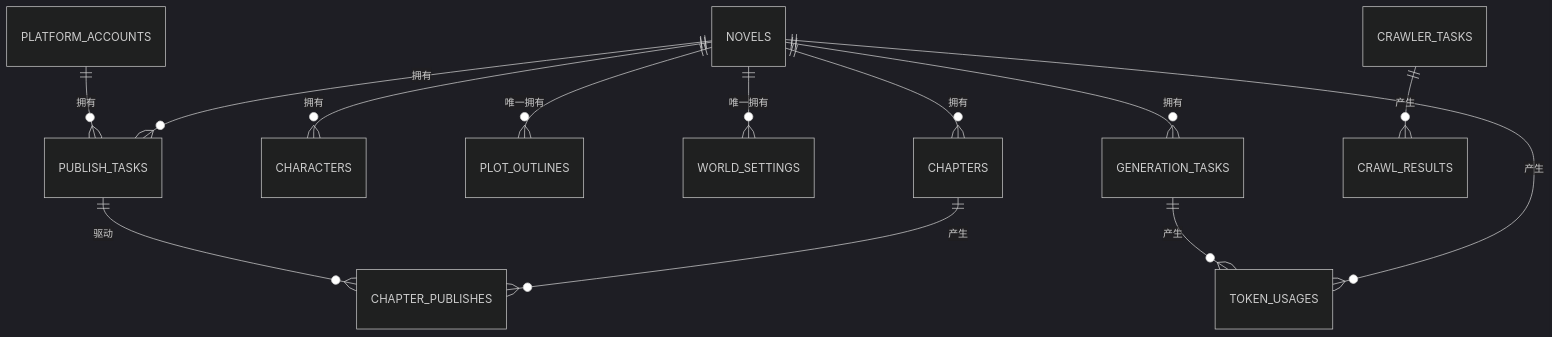
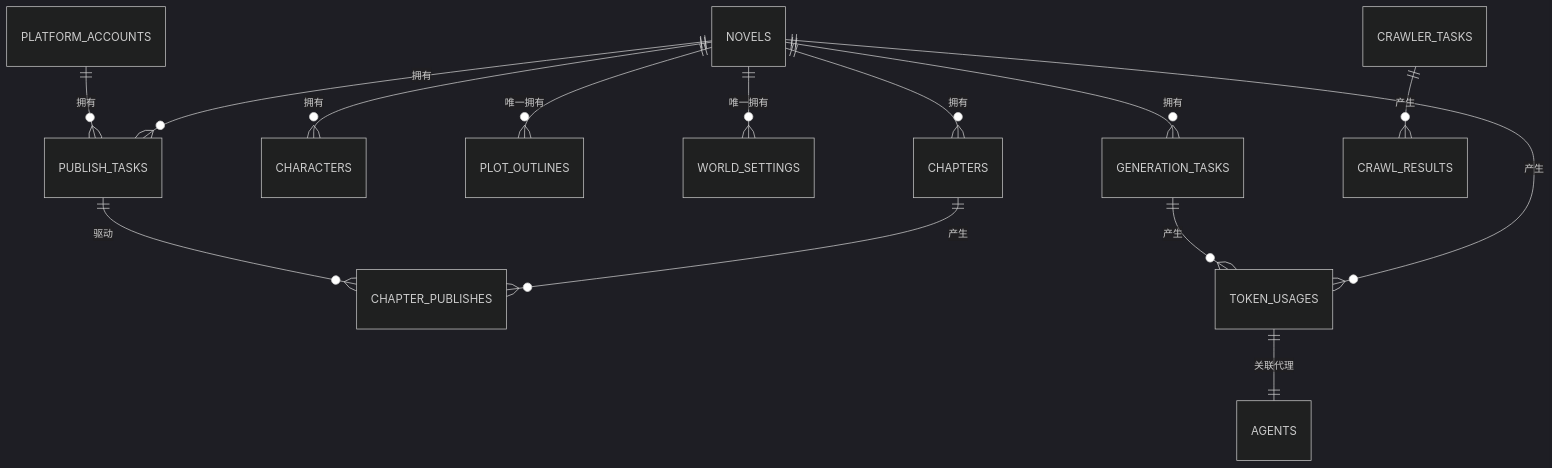
One commit to xfbyxq/ai-novel-system changed the fourth of 6 diagrams in .qoder/repowiki/zh/content/部署与运维/数据库管理与迁移.md. Above: the diagram before and after it, drawn with Mermaid (dark theme). The commit also changed other lines of this file and 17 other files, not shown here.

````diff
--- a/.qoder/repowiki/zh/content/部署与运维/数据库管理与迁移.md
+++ b/.qoder/repowiki/zh/content/部署与运维/数据库管理与迁移.md
@@ -177,15 +199,16 @@
 ```mermaid
 erDiagram
 NOVELS ||--o{ CHAPTERS : "拥有"
 NOVELS ||--o{ CHARACTERS : "拥有"
 NOVELS ||--o{ PLOT_OUTLINES : "唯一拥有"
 NOVELS ||--o{ WORLD_SETTINGS : "唯一拥有"
 NOVELS ||--o{ GENERATION_TASKS : "拥有"
 NOVELS ||--o{ PUBLISH_TASKS : "拥有"
 PLATFORM_ACCOUNTS ||--o{ PUBLISH_TASKS : "拥有"
 CHAPTERS ||--o{ CHAPTER_PUBLISHES : "产生"
 PUBLISH_TASKS ||--o{ CHAPTER_PUBLISHES : "驱动"
 CRAWLER_TASKS ||--o{ CRAWL_RESULTS : "产生"
 NOVELS ||--o{ TOKEN_USAGES : "产生"
 GENERATION_TASKS ||--o{ TOKEN_USAGES : "产生"
+TOKEN_USAGES ||--|| AGENTS : "关联代理"
 ```
````
